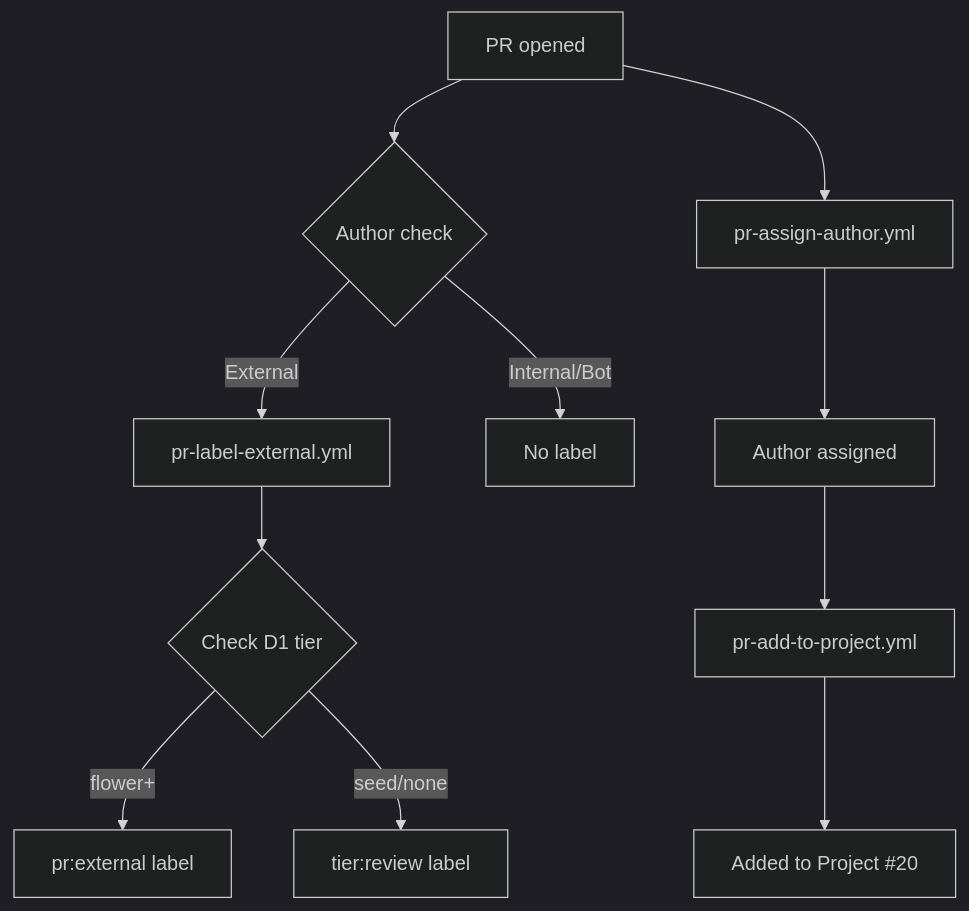
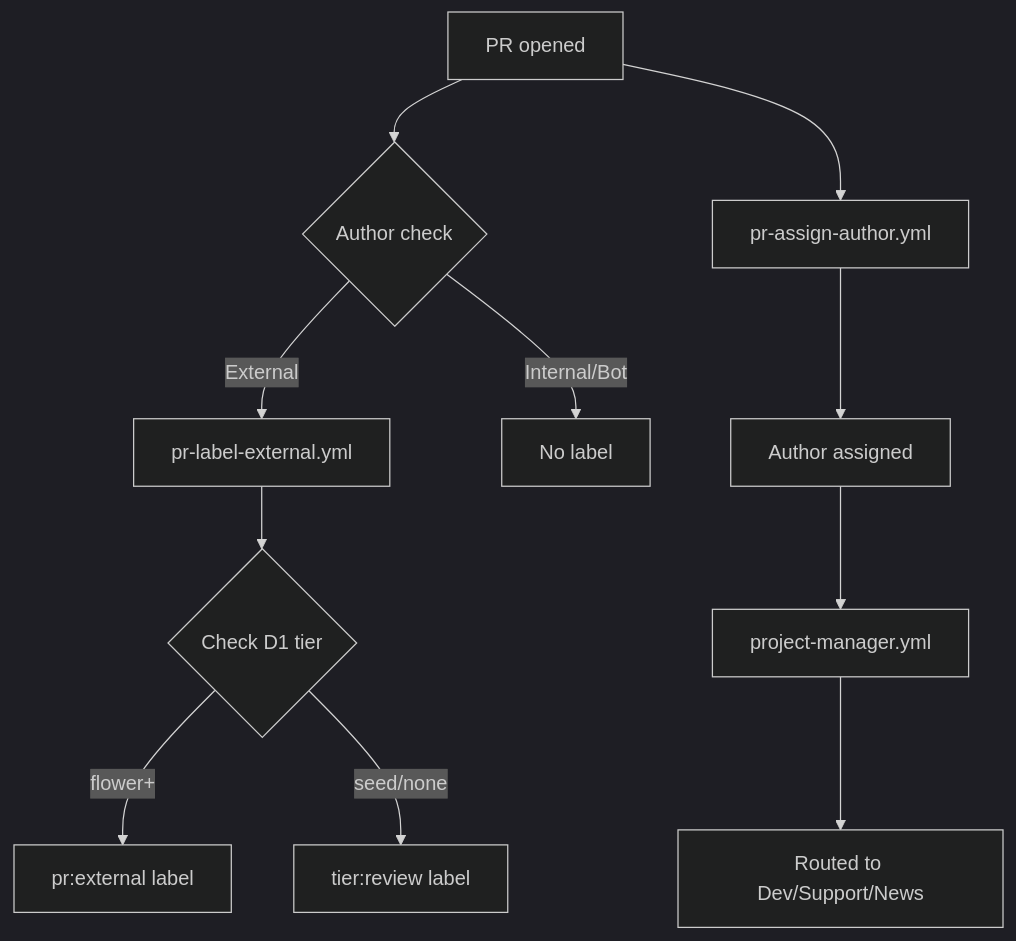
The third of 4 diagrams in .github/docs/TRIAGE.md (pollinations/pollinations), drawn with Mermaid before and after one commit. The commit also changed other lines of this file and 4 other files, not shown here.

First line of the commit message:
feat: rewrite project-manager with GraphQL Projects V2 API

````diff
--- a/.github/docs/TRIAGE.md
+++ b/.github/docs/TRIAGE.md
@@ -37,15 +96,15 @@
 ```mermaid
 %%{init: {'theme': 'dark'}}%%
 flowchart TD
     A[PR opened] --> B{Author check}
     B -->|External| C[pr-label-external.yml]
     C --> D{Check D1 tier}
     D -->|flower+| E[pr:external label]
     D -->|seed/none| F[tier:review label]
     B -->|Internal/Bot| G[No label]
 
     A --> H[pr-assign-author.yml]
     H --> I[Author assigned]
-    I --> J[pr-add-to-project.yml]
-    J --> K[Added to Project #20]
+    I --> J[project-manager.yml]
+    J --> K[Routed to Dev/Support/News]
 ```
````
